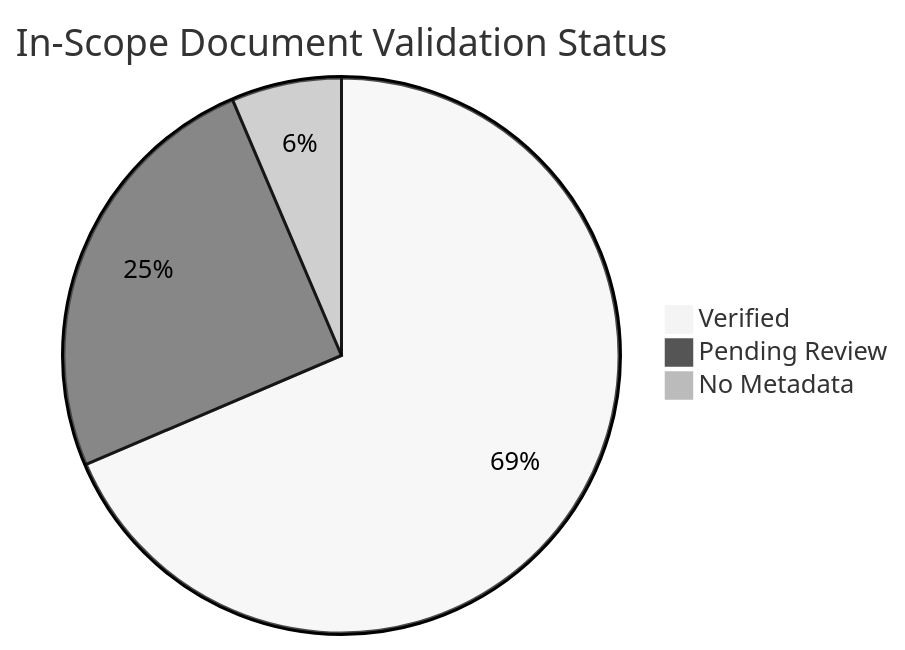
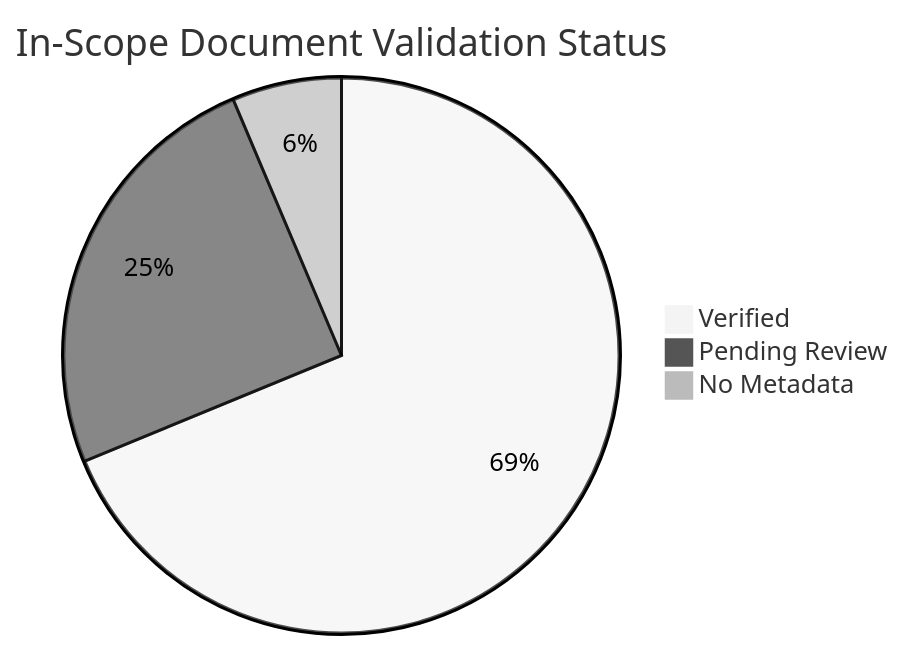
One commit to yeongseon/azure-container-apps-practical-guide changed the diagram in docs/reference/content-validation-status.md. Above: the diagram before and after it, drawn with Mermaid (neutral theme). The commit also changed other lines of this file and 4 other files, not shown here.

````diff
--- a/docs/reference/content-validation-status.md
+++ b/docs/reference/content-validation-status.md
@@ -25,6 +25,6 @@
 ```mermaid
 pie title In-Scope Document Validation Status
-    "Verified" : 107
+    "Verified" : 108
     "Pending Review" : 39
     "No Metadata" : 10
 ```
````
